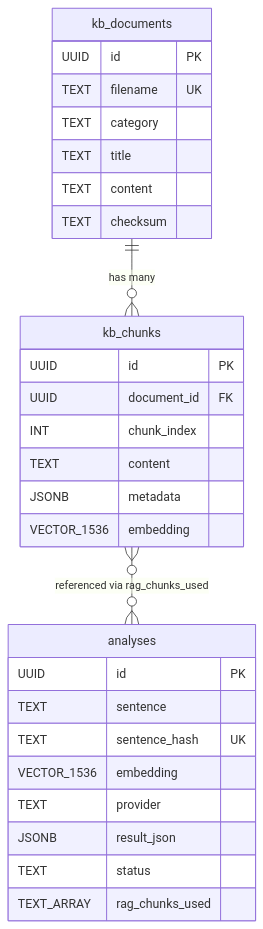
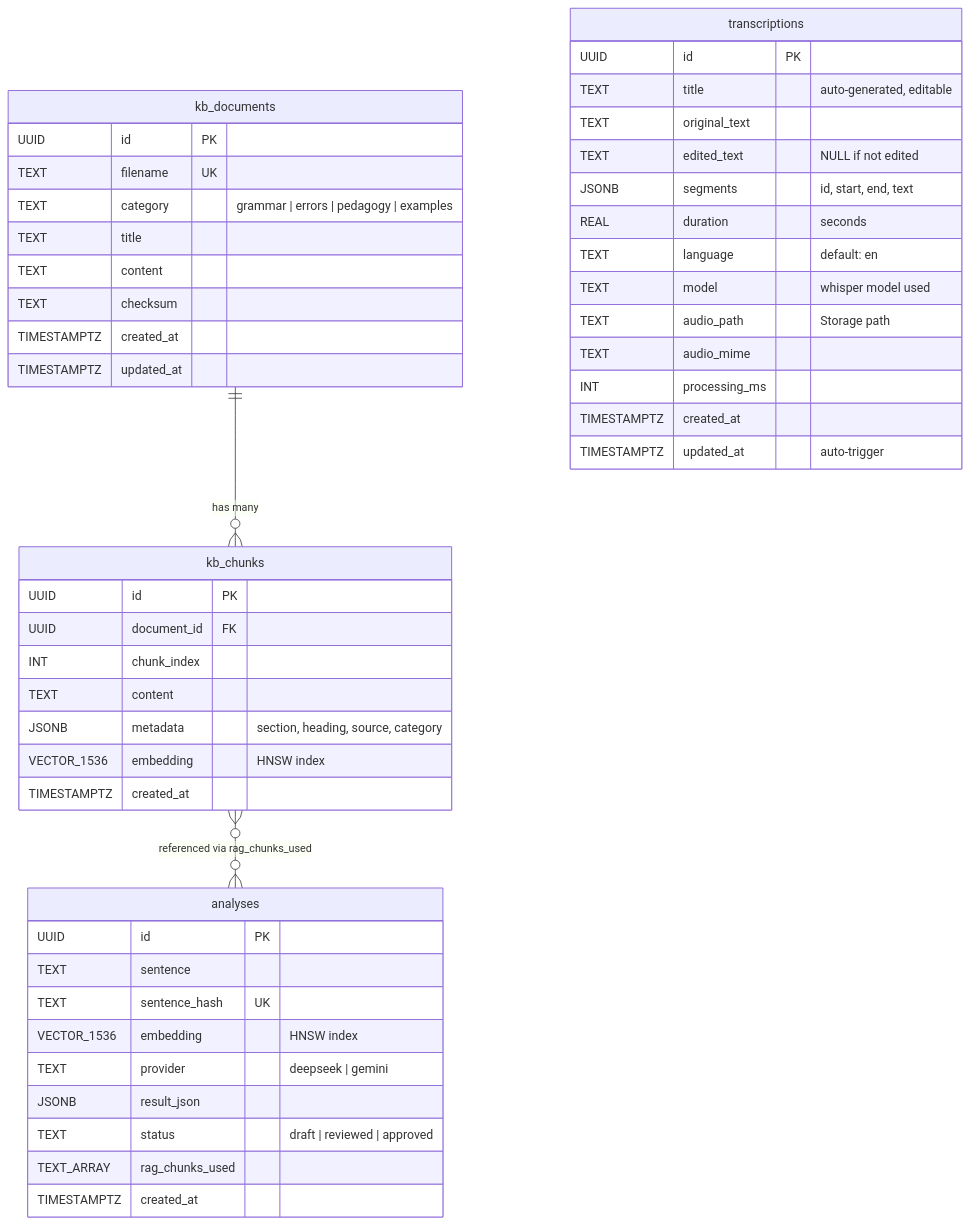
One commit to IckeNount/caffeine changed the sixth of 9 diagrams in docs/system_design.md. Above: the diagram before and after it, drawn with Mermaid. The commit also changed other lines of this file and 48 other files, not shown here.

Commit message:
feat: Add authentication, admin dashboard, and scalable architecture

````diff
--- a/docs/system_design.md
+++ b/docs/system_design.md
@@ -122,34 +327,54 @@
 ```mermaid
 erDiagram
     kb_documents {
         UUID id PK
         TEXT filename UK
-        TEXT category
+        TEXT category "grammar | errors | pedagogy | examples"
         TEXT title
         TEXT content
         TEXT checksum
+        TIMESTAMPTZ created_at
+        TIMESTAMPTZ updated_at
     }
 
     kb_chunks {
         UUID id PK
         UUID document_id FK
         INT chunk_index
         TEXT content
-        JSONB metadata
-        VECTOR_1536 embedding
+        JSONB metadata "section, heading, source, category"
+        VECTOR_1536 embedding "HNSW index"
+        TIMESTAMPTZ created_at
     }
 
     analyses {
         UUID id PK
         TEXT sentence
         TEXT sentence_hash UK
-        VECTOR_1536 embedding
-        TEXT provider
+        VECTOR_1536 embedding "HNSW index"
+        TEXT provider "deepseek | gemini"
         JSONB result_json
-        TEXT status 
+        TEXT status "draft | reviewed | approved"
         TEXT_ARRAY rag_chunks_used
+        TIMESTAMPTZ created_at
+    }
+
+    transcriptions {
+        UUID id PK
+        TEXT title "auto-generated, editable"
+        TEXT original_text
+        TEXT edited_text "NULL if not edited"
+        JSONB segments "id, start, end, text"
+        REAL duration "seconds"
+        TEXT language "default: en"
+        TEXT model "whisper model used"
+        TEXT audio_path "Storage path"
+        TEXT audio_mime
+        INT processing_ms
+        TIMESTAMPTZ created_at
+        TIMESTAMPTZ updated_at "auto-trigger"
     }
 
     kb_documents ||--o{ kb_chunks : "has many"
     kb_chunks }o--o{ analyses : "referenced via rag_chunks_used"
 ```
````
